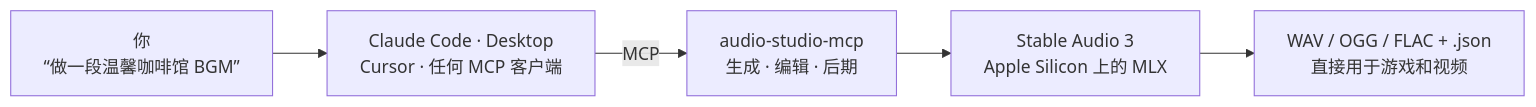
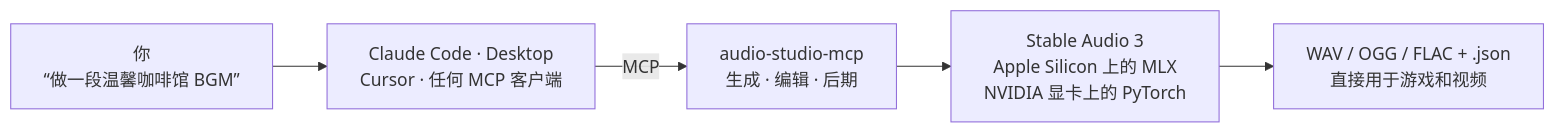
Before and after one commit to kanaworksai-hue/audio-studio-mcp: the diagram in README.zh-CN.md, drawn with Mermaid. The commit also changed other lines of this file and 6 other files, not shown here.

````diff
--- a/README.zh-CN.md
+++ b/README.zh-CN.md
@@ -61,7 +62,7 @@
 ```mermaid
 flowchart LR
     U["你<br/>“做一段温馨咖啡馆 BGM”"] --> C["Claude Code · Desktop<br/>Cursor · 任何 MCP 客户端"]
     C -- "MCP" --> S["audio-studio-mcp<br/>生成 · 编辑 · 后期"]
-    S --> M["Stable Audio 3<br/>Apple Silicon 上的 MLX"]
+    S --> M["Stable Audio 3<br/>Apple Silicon 上的 MLX<br/>NVIDIA 显卡上的 PyTorch"]
     M --> F["WAV / OGG / FLAC + .json<br/>直接用于游戏和视频"]
 ```
````
